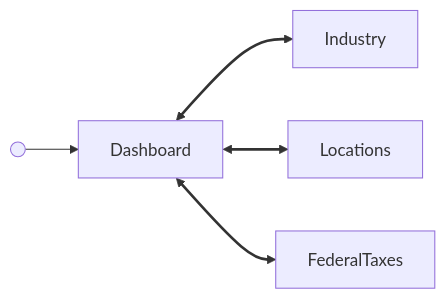
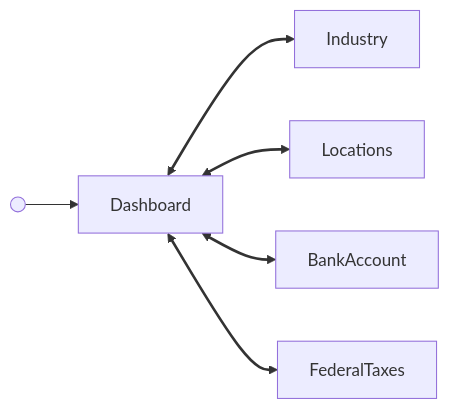
One commit to Gusto/embedded-react-sdk changed the diagram in src/components/Company/Dashboard/GUIDE.md. Above: the diagram before and after it, drawn with Mermaid. The commit also changed other lines of this file and 18 other files, not shown here.

First line of the commit message:
feat(SDK-1431): add bank account card and Pay tab to CompanyManagement dashboard

````diff
--- a/src/components/Company/Dashboard/GUIDE.md
+++ b/src/components/Company/Dashboard/GUIDE.md
@@ -18,8 +19,9 @@
 ```mermaid
 flowchart LR
   start@{ shape: sm-circ } --> Dashboard
   Dashboard <--> Industry
   Dashboard <--> Locations
+  Dashboard <--> BankAccount
   Dashboard <--> FederalTaxes
-  linkStyle 1,2,3 stroke-width:2.5px
+  linkStyle 1,2,3,4 stroke-width:2.5px
 ```
````
